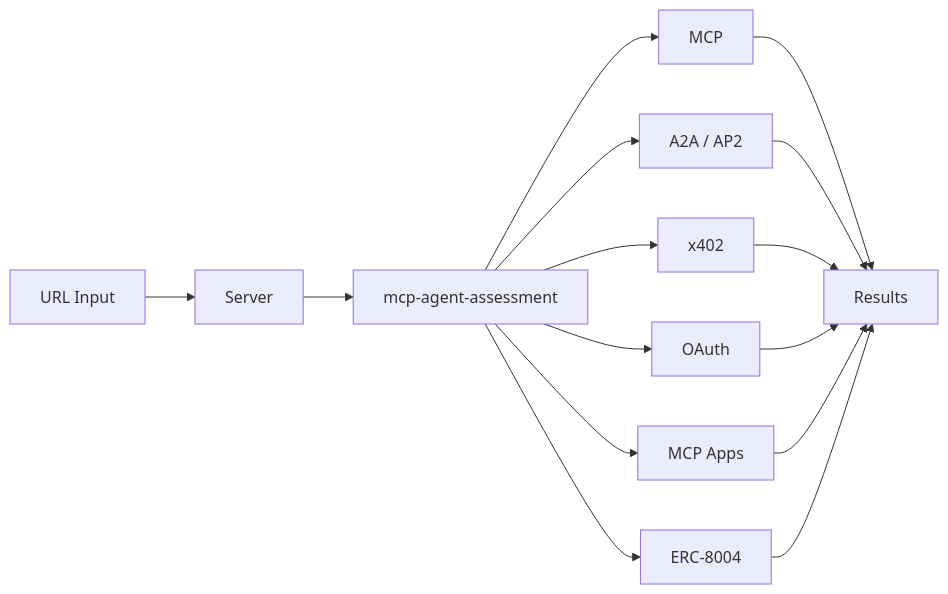
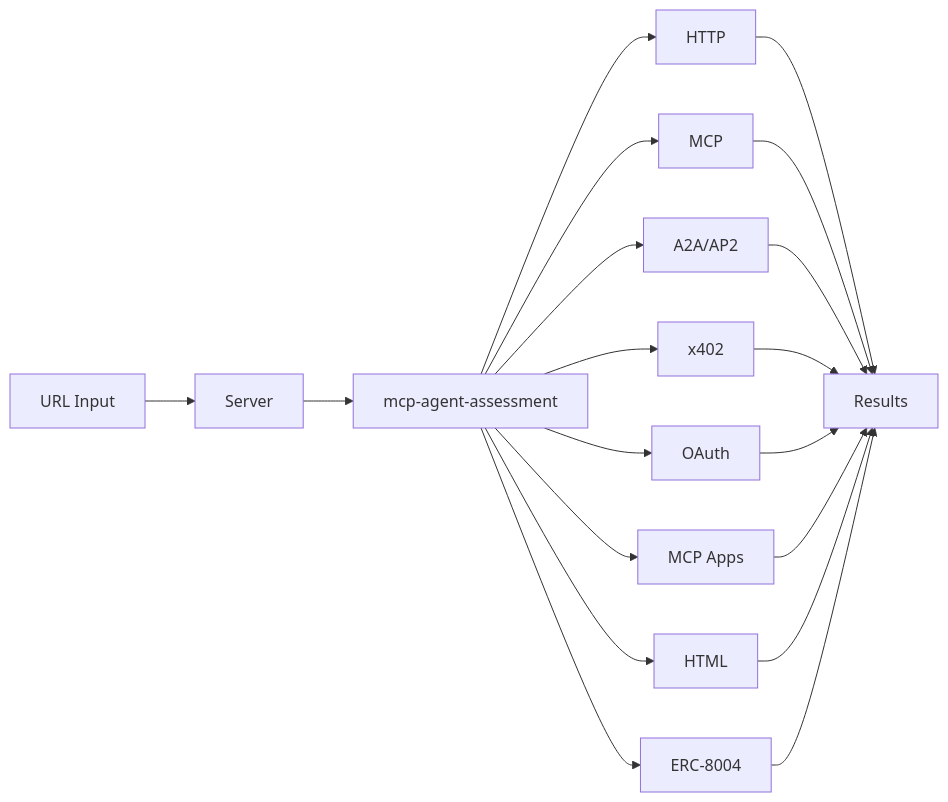
The diagram in README.md (FlowMCP/x402-mcp-monitor), drawn with Mermaid before and after one commit. The commit also changed other lines of this file and 1 other file, not shown here.

Commit message:
Update links, fix protocol list, built by a6b8 #24

````diff
--- a/README.md
+++ b/README.md
@@ -57,17 +57,21 @@
 ```mermaid
 flowchart LR
     A[URL Input] --> B[Server]
     B --> C[mcp-agent-assessment]
-    C --> D[MCP]
-    C --> E[A2A / AP2]
-    C --> F[x402]
-    C --> G[OAuth]
-    C --> H[MCP Apps]
-    C --> K[ERC-8004]
-    D --> I[Results]
-    E --> I
-    F --> I
-    G --> I
-    H --> I
-    K --> I
+    C --> HTTP[HTTP]
+    C --> MCP[MCP]
+    C --> A2A[A2A/AP2]
+    C --> X402[x402]
+    C --> OA[OAuth]
+    C --> APPS[MCP Apps]
+    C --> HTML[HTML]
+    C --> E8[ERC-8004]
+    HTTP --> I[Results]
+    MCP --> I
+    A2A --> I
+    X402 --> I
+    OA --> I
+    APPS --> I
+    HTML --> I
+    E8 --> I
 ```
````
